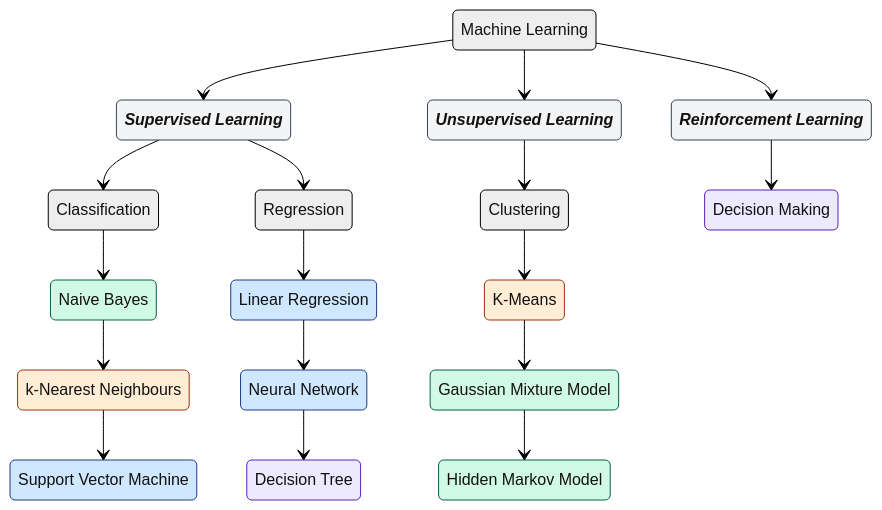
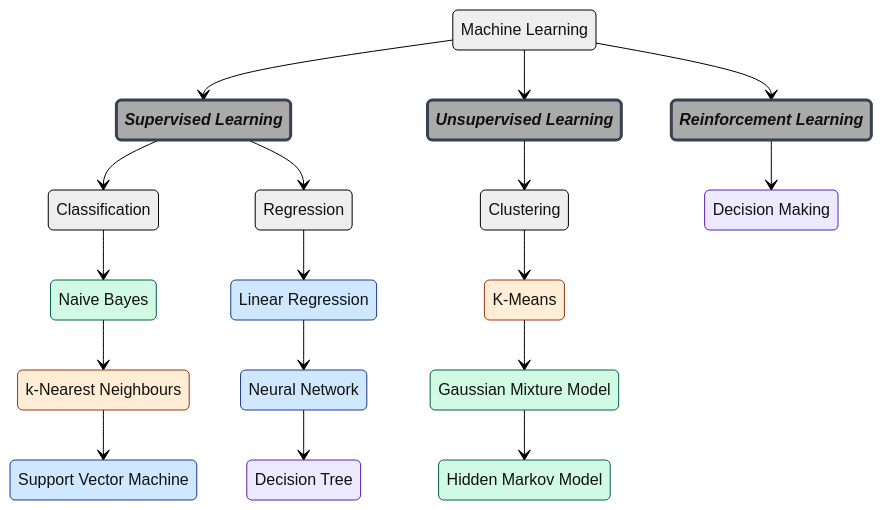
Before and after one commit to arshadhs/arshadhs.github.io: the diagram in content/docs/ai/ml.md, drawn with Mermaid (neutral theme). The commit also changed other lines of this file and 5 other files, not shown here.

```diff
--- a/content/docs/ai/ml.md
+++ b/content/docs/ai/ml.md
@@ -12,58 +12,58 @@
 {{< mermaid >}}
 stateDiagram-v2
 
     %% ===== CLASS DEFINITIONS (Math-based colours) =====
     classDef algebra fill:#cfe8ff,stroke:#1e3a8a,stroke-width:1px
     classDef probability fill:#d1fae5,stroke:#065f46,stroke-width:1px
     classDef geometry fill:#ffedd5,stroke:#9a3412,stroke-width:1px
     classDef logic fill:#ede9fe,stroke:#5b21b6,stroke-width:1px
-    classDef category font-style:italic,font-weight:bold,fill:#f3f4f6,stroke:#374151
+    classDef category font-style:italic,font-weight:bold,fill:#aaaaaa,stroke:#374151,stroke-width:3px
 
     %% ===== ROOT =====
     ML: Machine Learning
 
     %% ===== SUPERVISED =====
     ML --> SL:::category
     SL: Supervised Learning
 
     SL --> Classification
     Classification --> NB:::probability
     NB: Naive Bayes
 
     NB --> KNN:::geometry
     KNN: k-Nearest Neighbours
 
     KNN --> SVM:::algebra
     SVM: Support Vector Machine
 
     SL --> Regression
     Regression --> LR:::algebra
     LR: Linear Regression
 
     LR --> NN:::algebra
     NN: Neural Network
 
     NN --> DT:::logic
     DT: Decision Tree
 
     %% ===== UNSUPERVISED =====
     ML --> USL:::category
     USL: Unsupervised Learning
 
     USL --> Clustering
     Clustering --> KM:::geometry
     KM: K-Means
 
     KM --> GMM:::probability
     GMM: Gaussian Mixture Model
 
     GMM --> HMM:::probability
     HMM: Hidden Markov Model
 
     %% ===== REINFORCEMENT =====
     ML --> RL:::category
     RL: Reinforcement Learning
 
     RL --> DM:::logic
     DM: Decision Making
 {{< /mermaid >}}
```
